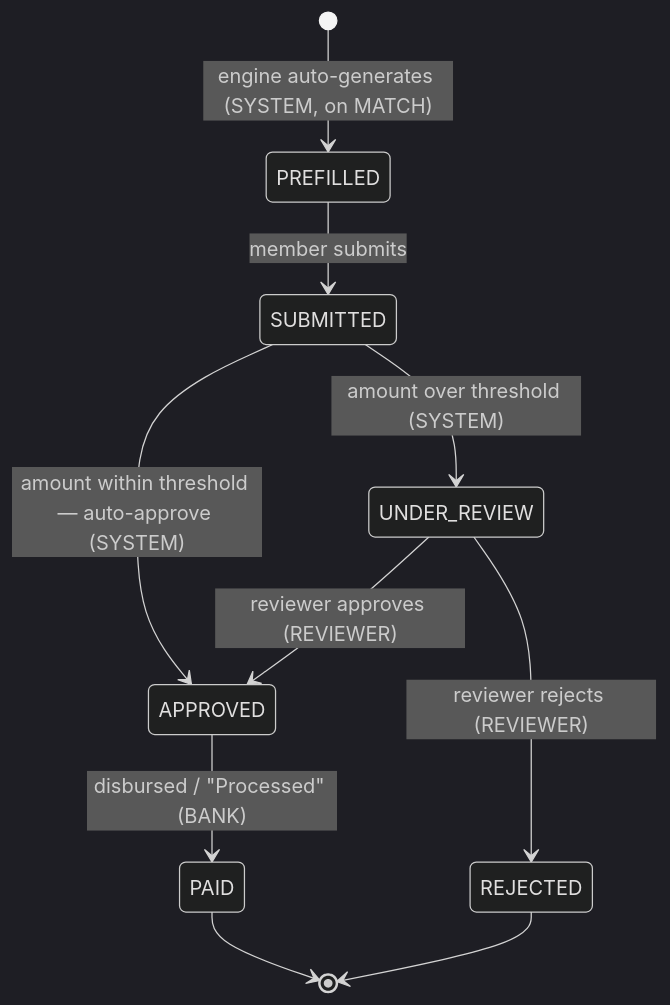
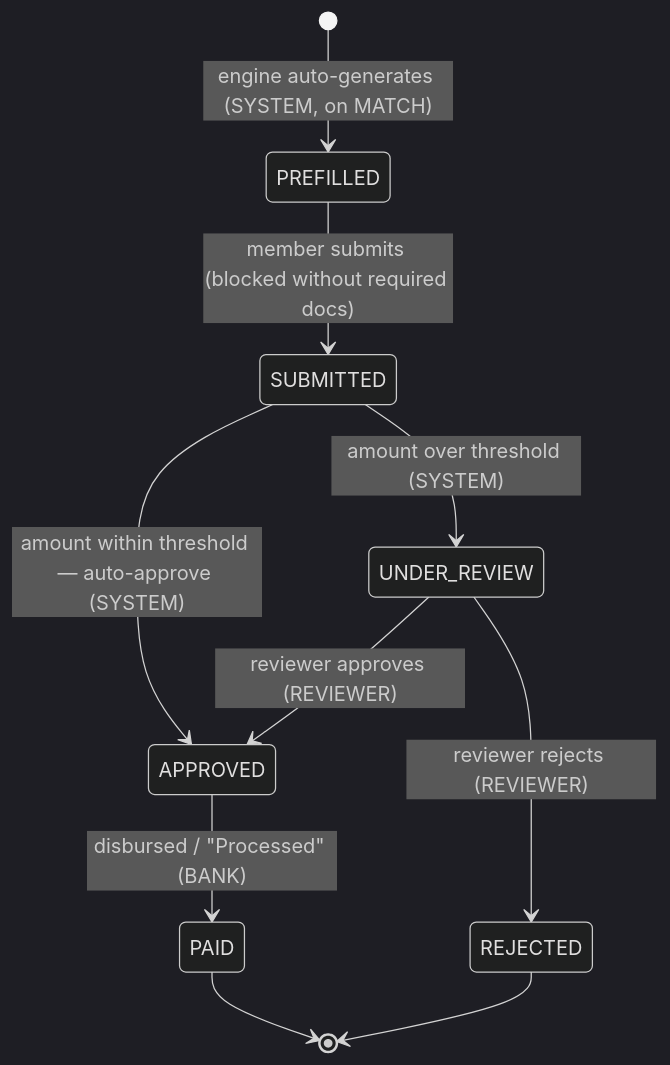
The second of 3 diagrams in README.md (Pravesh165/Benovra-Project), drawn with Mermaid (dark theme) before and after one commit. The commit also changed other lines of this file, not shown here.

````diff
--- a/README.md
+++ b/README.md
@@ -115,12 +135,12 @@
 ```mermaid
 stateDiagram-v2
     [*] --> PREFILLED : engine auto-generates (SYSTEM, on MATCH)
-    PREFILLED --> SUBMITTED : member submits
+    PREFILLED --> SUBMITTED : member submits (blocked without required docs)
     SUBMITTED --> APPROVED : amount within threshold — auto-approve (SYSTEM)
     SUBMITTED --> UNDER_REVIEW : amount over threshold (SYSTEM)
     UNDER_REVIEW --> APPROVED : reviewer approves (REVIEWER)
     UNDER_REVIEW --> REJECTED : reviewer rejects (REVIEWER)
     APPROVED --> PAID : disbursed / "Processed" (BANK)
     REJECTED --> [*]
     PAID --> [*]
 ```
````
